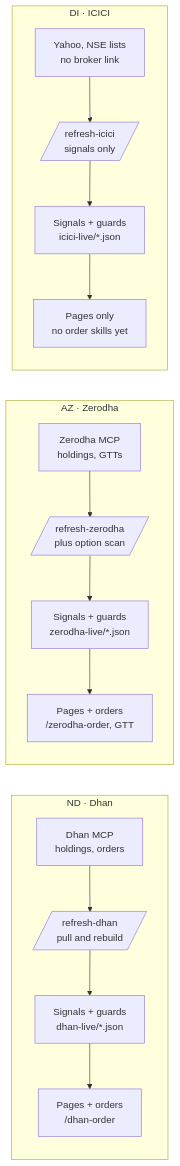
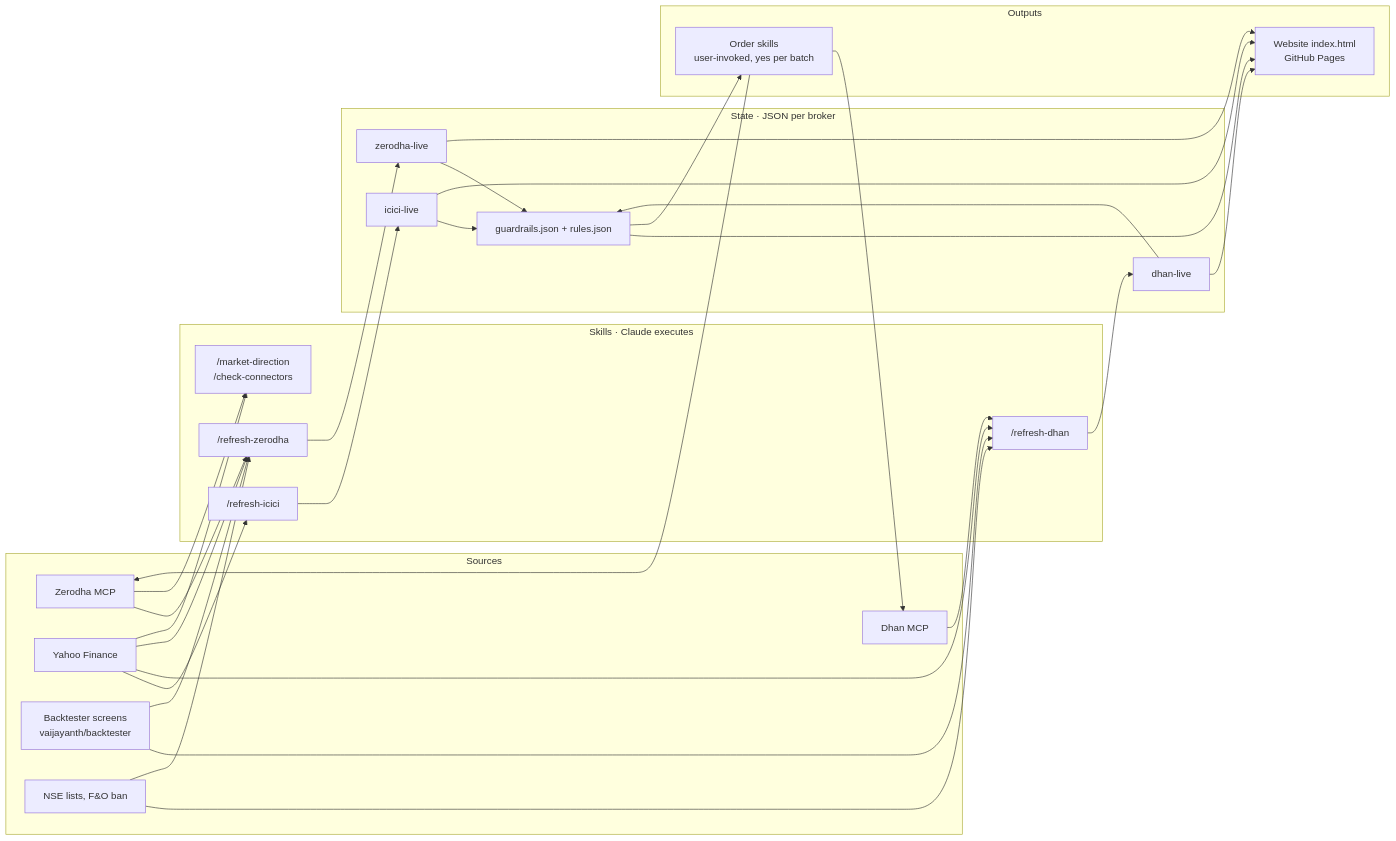
The first of 2 diagrams in docs/PROCESS_FLOW.md (vaijayanth/TradingJournal), drawn with Mermaid before and after one commit. The commit also changed other lines of this file and 1 other file, not shown here.

First line of the commit message:
Rewrite PROCESS_FLOW.md as the architecture and change-process reference (as of 2026-11-25)

````diff
--- a/docs/PROCESS_FLOW.md
+++ b/docs/PROCESS_FLOW.md
@@ -10,12 +21,47 @@
 ```mermaid
 flowchart LR
-  subgraph ND[ND · Dhan]
-    ND1[Dhan MCP<br/>holdings, orders] --> ND2[/refresh-dhan<br/>pull and rebuild/] --> ND3[Signals + guards<br/>dhan-live/*.json] --> ND4[Pages + orders<br/>/dhan-order]
+  subgraph SRC["Sources"]
+    Z["Zerodha MCP"]
+    D["Dhan MCP"]
+    Y["Yahoo Finance"]
+    B["Backtester screens<br/>vaijayanth/backtester"]
+    N["NSE lists, F&O ban"]
   end
-  subgraph AZ[AZ · Zerodha]
-    AZ1[Zerodha MCP<br/>holdings, GTTs] --> AZ2[/refresh-zerodha<br/>plus option scan/] --> AZ3[Signals + guards<br/>zerodha-live/*.json] --> AZ4[Pages + orders<br/>/zerodha-order, GTT]
+  subgraph SK["Skills · Claude executes"]
+    R1["/refresh-dhan"]
+    R2["/refresh-zerodha"]
+    R3["/refresh-icici"]
+    P["/market-direction<br/>/check-connectors"]
   end
-  subgraph DI[DI · ICICI]
-    DI1[Yahoo, NSE lists<br/>no broker link] --> DI2[/refresh-icici<br/>signals only/] --> DI3[Signals + guards<br/>icici-live/*.json] --> DI4[Pages only<br/>no order skills yet]
+  subgraph ST["State · JSON per broker"]
+    S1["dhan-live"]
+    S2["zerodha-live"]
+    S3["icici-live"]
+    G["guardrails.json + rules.json"]
   end
+  subgraph OUT["Outputs"]
+    W["Website index.html<br/>GitHub Pages"]
+    O["Order skills<br/>user-invoked, yes per batch"]
+  end
+  D --> R1 --> S1
+  Z --> R2 --> S2
+  Y --> R3 --> S3
+  B --> R1
+  B --> R2
+  Y --> R1
+  Y --> R2
+  N --> R1
+  N --> R2
+  S1 --> G
+  S2 --> G
+  S3 --> G
+  G --> W
+  G --> O
+  S1 --> W
+  S2 --> W
+  S3 --> W
+  Z --> P
+  Y --> P
+  O --> Z
+  O --> D
 ```
````
